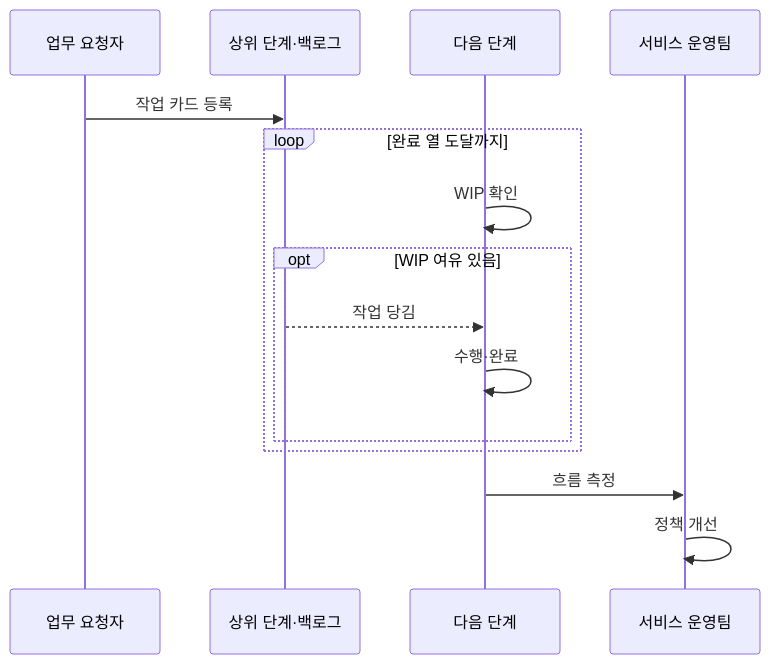
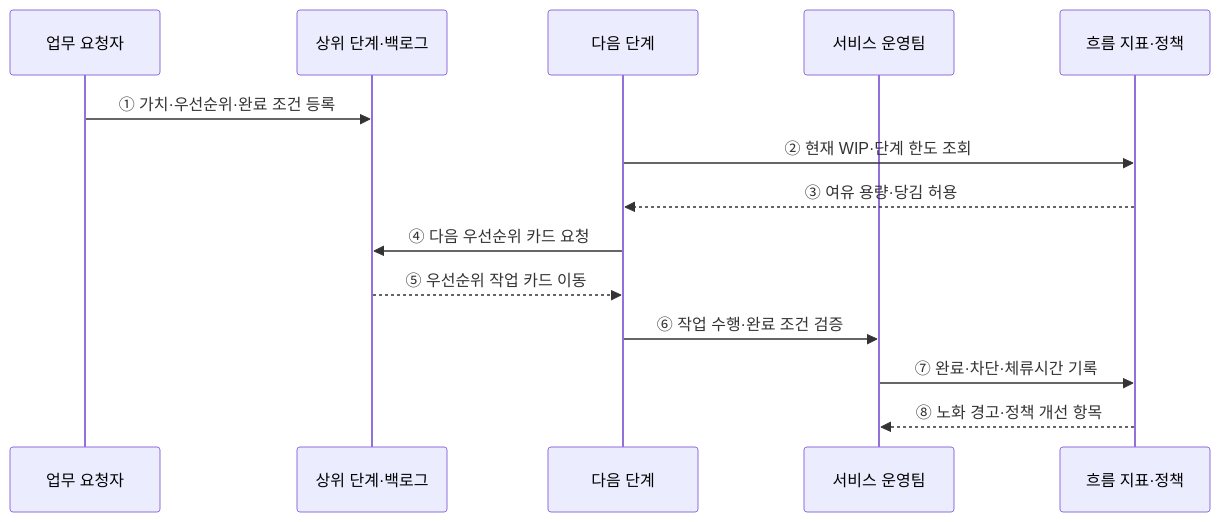
Before and after one commit to agnusdei1207/knowledge-base: the second of 2 diagrams in src/content/docs/notes/03-software/035_kanban.md, drawn with Mermaid. The commit also changed other lines of this file and 20 other files, not shown here.

````diff
--- a/src/content/docs/notes/03-software/035_kanban.md
+++ b/src/content/docs/notes/03-software/035_kanban.md
@@ -93,17 +84,16 @@
 ```mermaid
 sequenceDiagram
     participant U as 업무 요청자
     participant Q as 상위 단계·백로그
     participant N as 다음 단계
-    participant M as 서비스 운영팀
-    U->>Q: 작업 카드 등록
-    loop 완료 열 도달까지
-        N->>N: WIP 확인
-        opt WIP 여유 있음
-            Q-->>N: 작업 당김
-            N->>N: 수행·완료
-        end
-    end
-    N->>M: 흐름 측정
-    M->>M: 정책 개선
+    participant T as 서비스 운영팀
+    participant M as 흐름 지표·정책
+    U->>Q: ① 가치·우선순위·완료 조건 등록
+    N->>M: ② 현재 WIP·단계 한도 조회
+    M-->>N: ③ 여유 용량·당김 허용
+    N->>Q: ④ 다음 우선순위 카드 요청
+    Q-->>N: ⑤ 우선순위 작업 카드 이동
+    N->>T: ⑥ 작업 수행·완료 조건 검증
+    T->>M: ⑦ 완료·차단·체류시간 기록
+    M-->>T: ⑧ 노화 경고·정책 개선 항목
 ```
````
